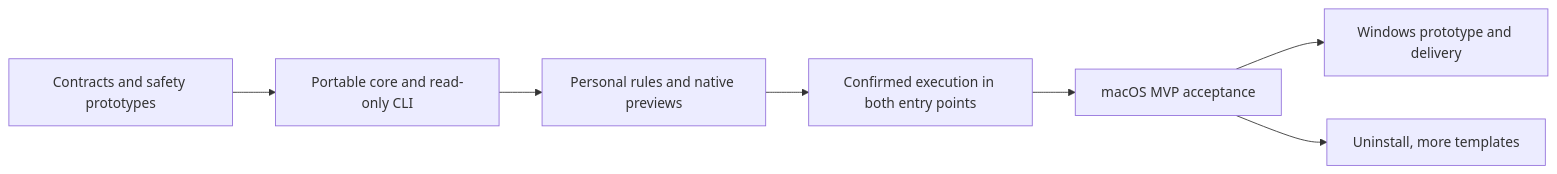
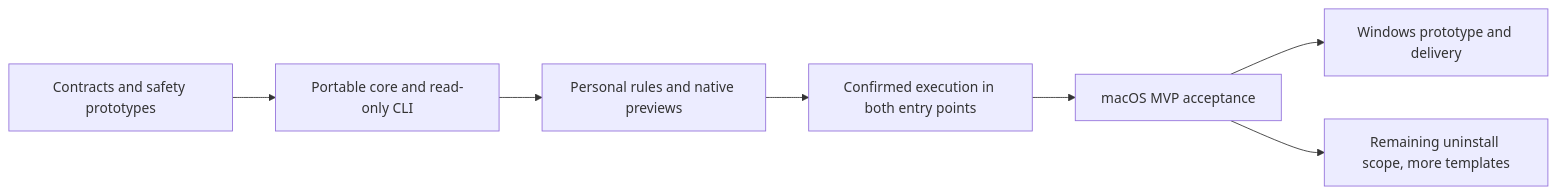
Before and after one commit to limecloud/shou: the diagram in docs/engineering/implementation-plan.md, drawn with Mermaid. The commit also changed other lines of this file and 59 other files, not shown here.

````diff
--- a/docs/engineering/implementation-plan.md
+++ b/docs/engineering/implementation-plan.md
@@ -26,9 +26,9 @@
 ```mermaid
 flowchart LR
     M0[Contracts and safety prototypes] --> M1[Portable core and read-only CLI]
     M1 --> M2[Personal rules and native previews]
     M2 --> M3[Confirmed execution in both entry points]
     M3 --> M4[macOS MVP acceptance]
     M4 --> M5[Windows prototype and delivery]
-    M4 --> Later[Uninstall, more templates]
+    M4 --> Later[Remaining uninstall scope, more templates]
 ```
````
